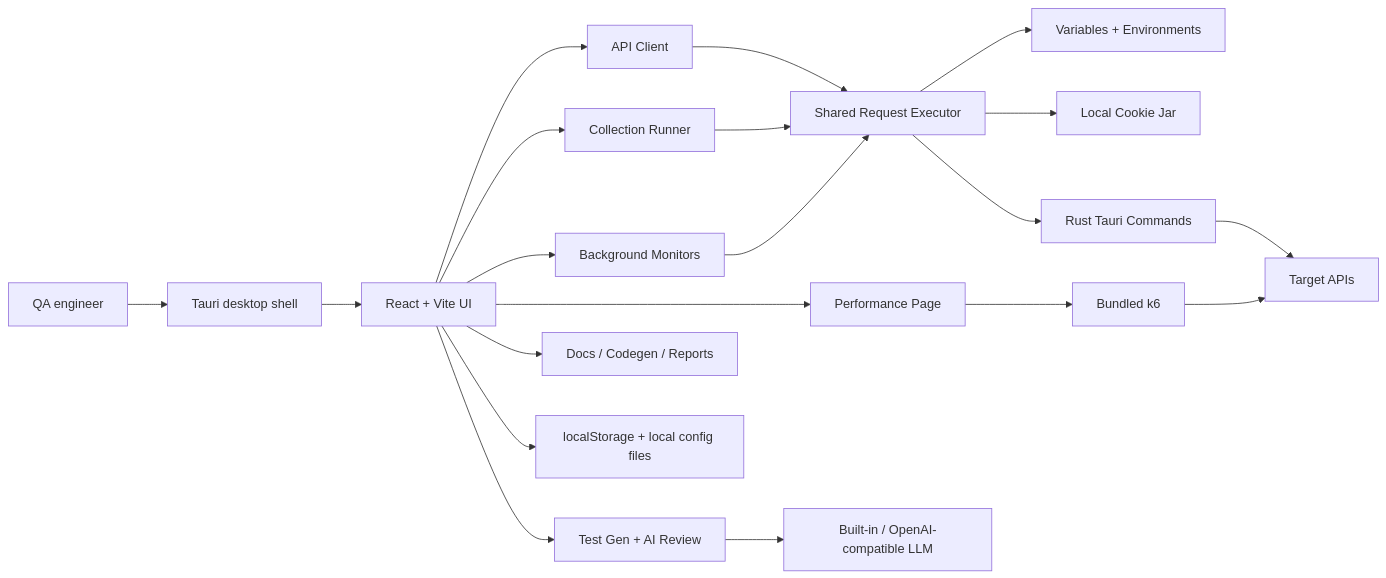
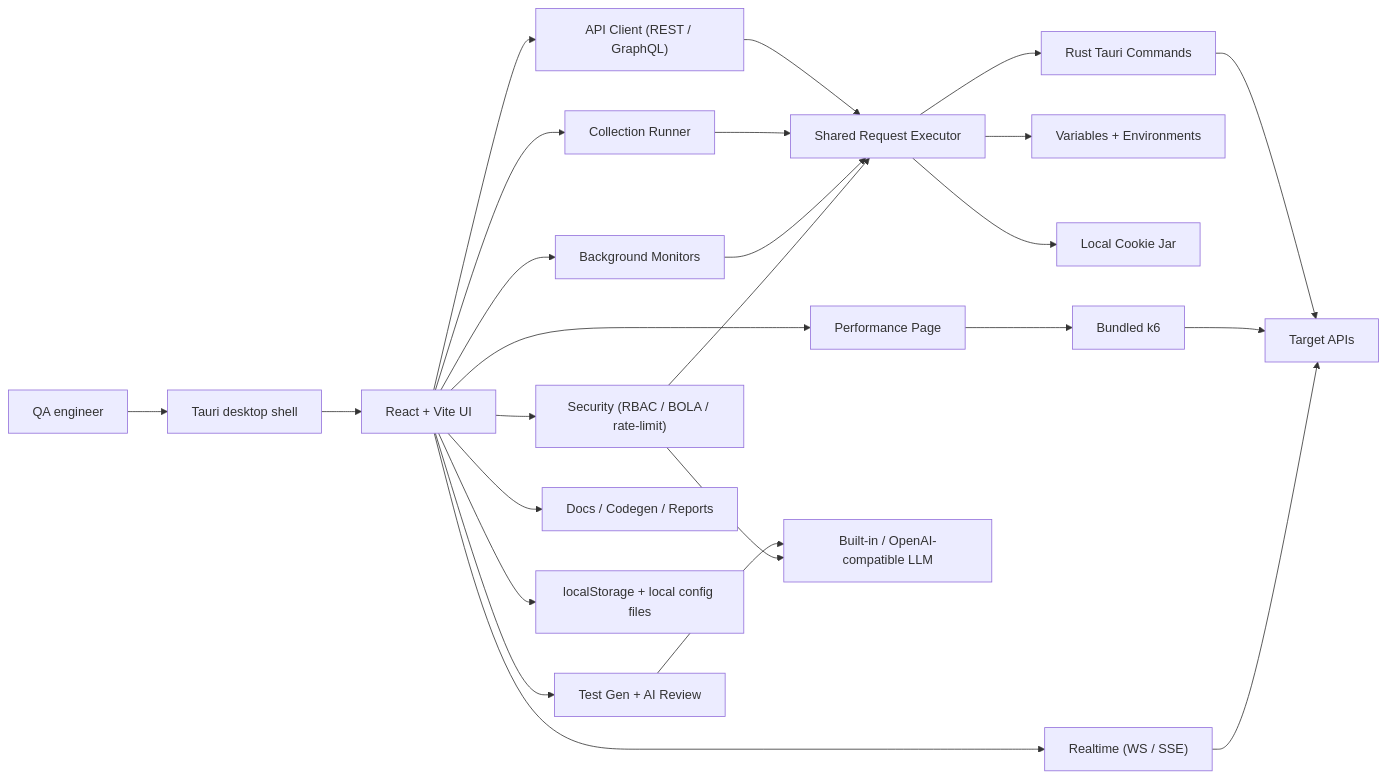
The diagram in README.md (asdfghj1237890/qa-touchstone), drawn with Mermaid before and after one commit. The commit also changed 1 other file, not shown here.

Commit message:
docs(readme): add Security + Realtime to the architecture diagram
The mermaid diagram omitted the Security page (RBAC matrix / BOLA / rate-limit)
and Realtime (WS/SSE). Add both: Security routes through the shared executor and
also calls the LLM (triage + sensitive-data scan); Realtime connects to target
APIs. Note REST/GraphQL on the API client. en-US + zh-TW in lockstep.

````diff
--- a/README.md
+++ b/README.md
@@ -92,27 +92,32 @@
 ```mermaid
 flowchart LR
   User["QA engineer"] --> Shell["Tauri desktop shell"]
   Shell --> UI["React + Vite UI"]
 
-  UI --> Client["API Client"]
+  UI --> Client["API Client (REST / GraphQL)"]
   UI --> Runner["Collection Runner"]
+  UI --> Security["Security (RBAC / BOLA / rate-limit)"]
   UI --> Monitors["Background Monitors"]
   UI --> Perf["Performance Page"]
   UI --> AI["Test Gen + AI Review"]
+  UI --> Realtime["Realtime (WS / SSE)"]
   UI --> Docs["Docs / Codegen / Reports"]
 
   Client --> Executor["Shared Request Executor"]
   Runner --> Executor
   Monitors --> Executor
+  Security --> Executor
 
   Executor --> Vars["Variables + Environments"]
   Executor --> Cookies["Local Cookie Jar"]
   Executor --> Rust["Rust Tauri Commands"]
   Rust --> APIs["Target APIs"]
 
   Perf --> K6["Bundled k6"]
   K6 --> APIs
+  Realtime --> APIs
 
   AI --> LLM["Built-in / OpenAI-compatible LLM"]
+  Security --> LLM
   UI --> Storage["localStorage + local config files"]
 ```
````
